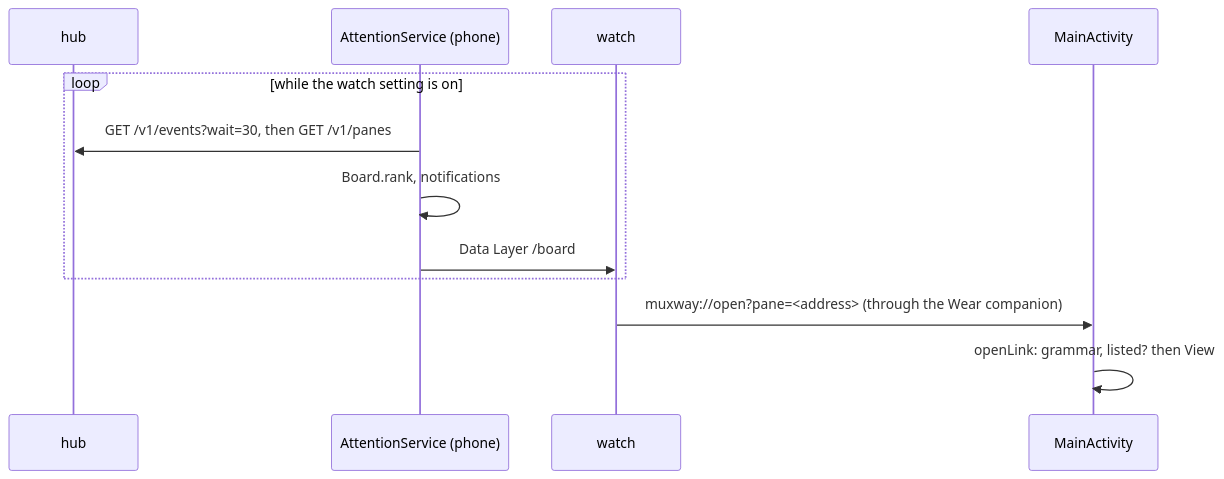
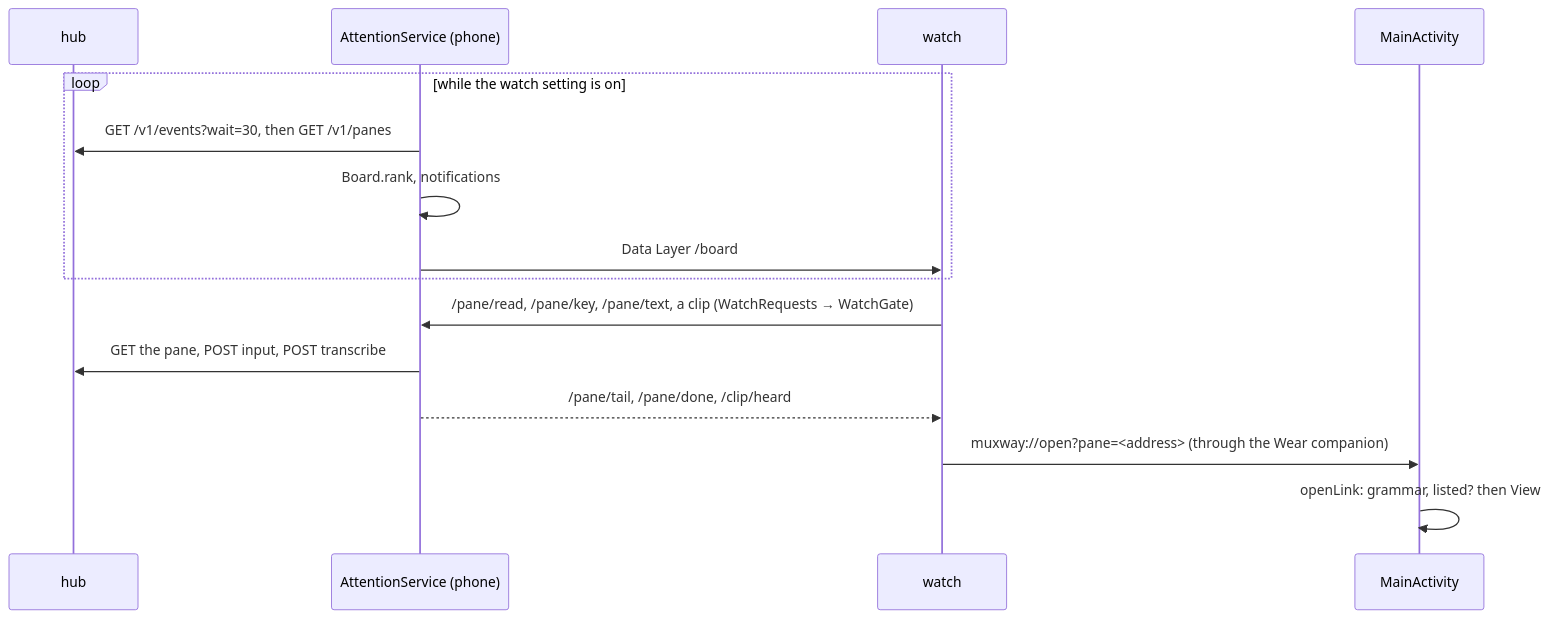
Before and after one commit to notmarkopadjen/muxway-android: the fifth of 5 diagrams in docs/ARCHITECTURE.md, drawn with Mermaid. The commit also changed 13 other files, not shown here.

Commit message:
Watch: a pane on the wrist, its tail, a row of answers and a spoken line through the phone; 0.8.0 (22)

````diff
--- a/docs/ARCHITECTURE.md
+++ b/docs/ARCHITECTURE.md
@@ -112,14 +112,17 @@
 ```mermaid
 sequenceDiagram
     participant H as hub
     participant S as AttentionService (phone)
     participant W as watch
     participant A as MainActivity
     loop while the watch setting is on
         S->>H: GET /v1/events?wait=30, then GET /v1/panes
         S->>S: Board.rank, notifications
         S->>W: Data Layer /board
     end
+    W->>S: /pane/read, /pane/key, /pane/text, a clip (WatchRequests → WatchGate)
+    S->>H: GET the pane, POST input, POST transcribe
+    S-->>W: /pane/tail, /pane/done, /clip/heard
     W->>A: muxway://open?pane=<address> (through the Wear companion)
     A->>A: openLink: grammar, listed? then View
 ```
````
